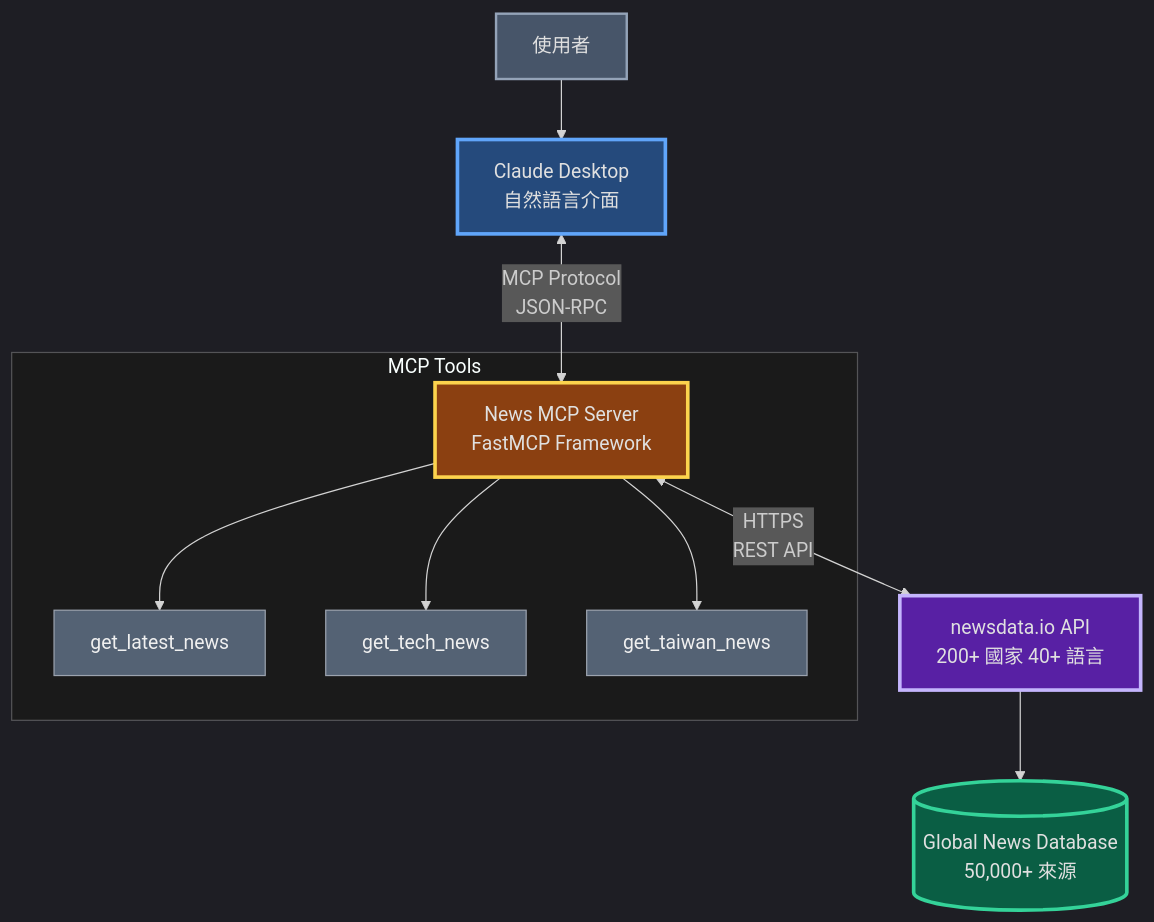
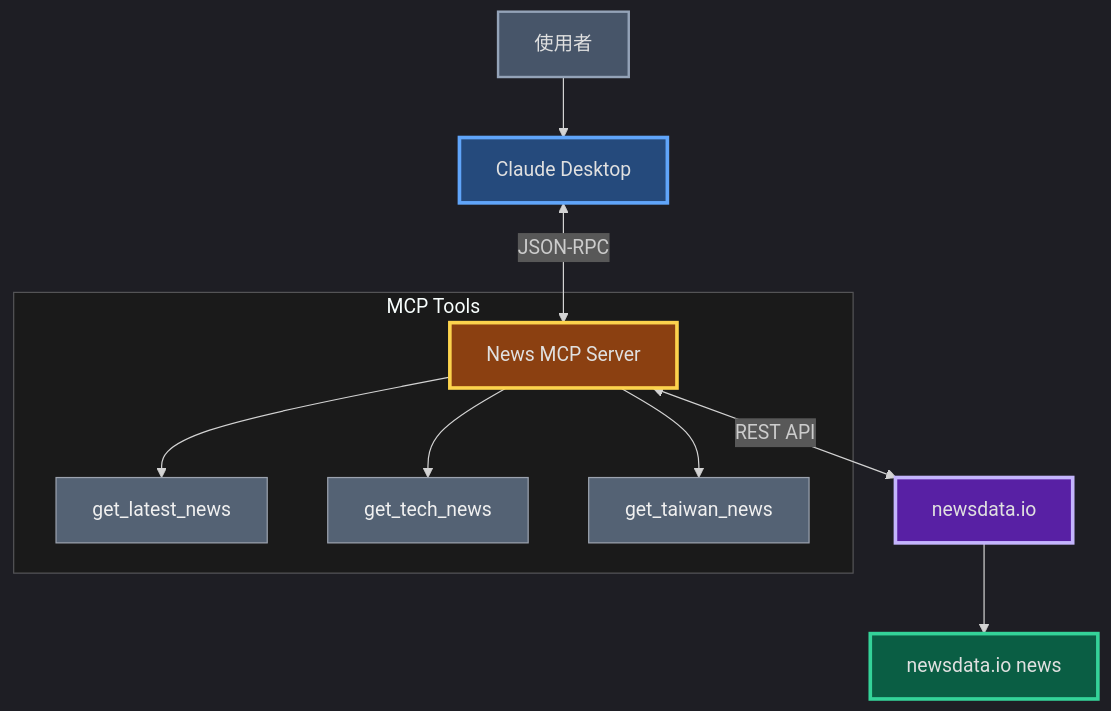
Before and after one commit to chungFTF/chungFTF.github.io: the diagram in source/_posts/How-to-build-MCP-server.md, drawn with Mermaid. The commit also changed other lines of this file and 5 other files, not shown here.

````diff
--- a/source/_posts/How-to-build-MCP-server.md
+++ b/source/_posts/How-to-build-MCP-server.md
@@ -37,24 +37,24 @@
 ```mermaid
 %%{init: {'theme':'dark', 'themeVariables': { 'darkMode': true, 'mainBkg': '#000000', 'clusterBkg': '#1A1A1A', 'primaryTextColor': '#E0E0E0', 'fontFamily': 'sans-serif' }}}%%
 graph TB
-    User[使用者] --> Claude[Claude Desktop<br/>自然語言介面]
-    Claude <-->|MCP Protocol<br/>JSON-RPC| MCP[News MCP Server<br/>FastMCP Framework]
-    MCP <-->|HTTPS<br/>REST API| API[newsdata.io API<br/>200+ 國家 40+ 語言]
+    User[使用者] --> Claude[Claude Desktop<br/>]
+    Claude <-->|JSON-RPC| MCP[News MCP Server]
+    MCP <-->|REST API| API[newsdata.io]
     
     subgraph "MCP Tools"
         MCP --> Tool1[get_latest_news]
         MCP --> Tool2[get_tech_news]
         MCP --> Tool3[get_taiwan_news]
     end
     
-    API --> DB[(Global News Database<br/>50,000+ 來源)]
+    API --> DB[newsdata.io news]
     
     style User fill:#475569,stroke:#94a3b8,stroke-width:2px,color:#E0E0E0
     style Claude fill:#254a7c,stroke:#60a5fa,stroke-width:3px,color:#E0E0E0
     style MCP fill:#8b4011,stroke:#fcd34d,stroke-width:3px,color:#E0E0E0
     style API fill:#5820a4,stroke:#c4b5fd,stroke-width:3px,color:#E0E0E0
     style DB fill:#0a5e44,stroke:#34d399,stroke-width:3px,color:#E0E0E0
     style Tool1 fill:#546274,stroke:#9ca3af,stroke-width:1px,color:#F0F0F0
     style Tool2 fill:#546274,stroke:#9ca3af,stroke-width:1px,color:#F0F0F0
     style Tool3 fill:#546274,stroke:#9ca3af,stroke-width:1px,color:#F0F0F0
 ```
````
